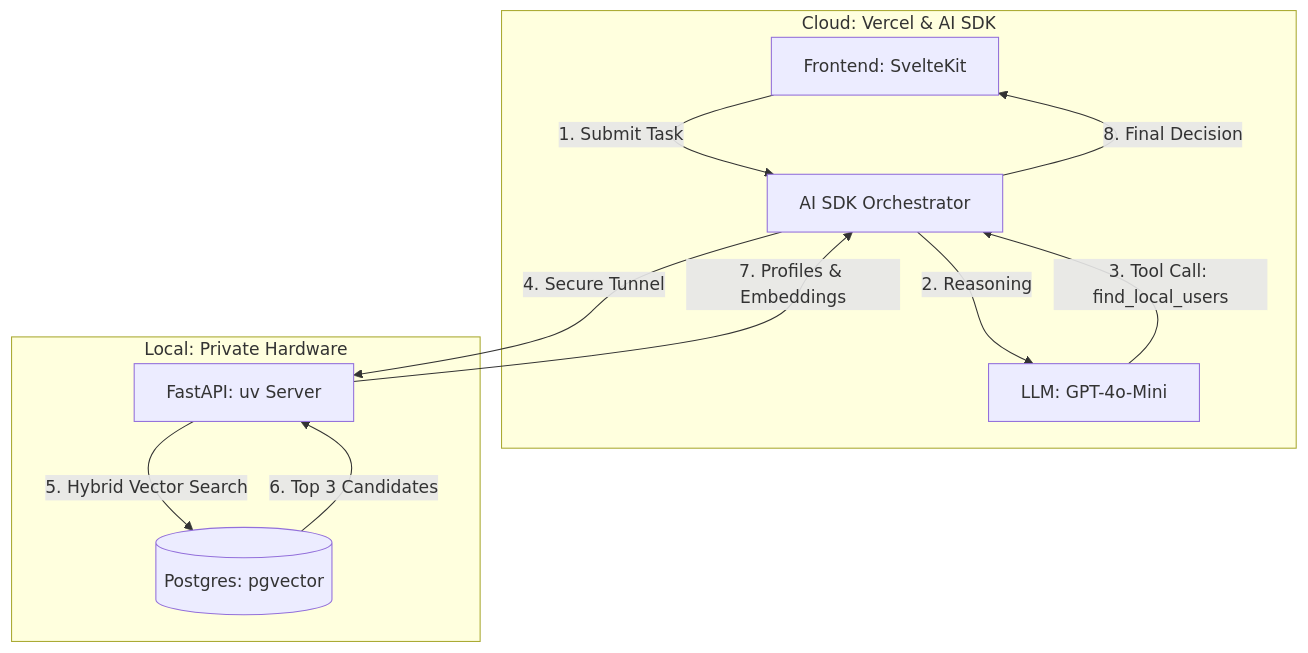
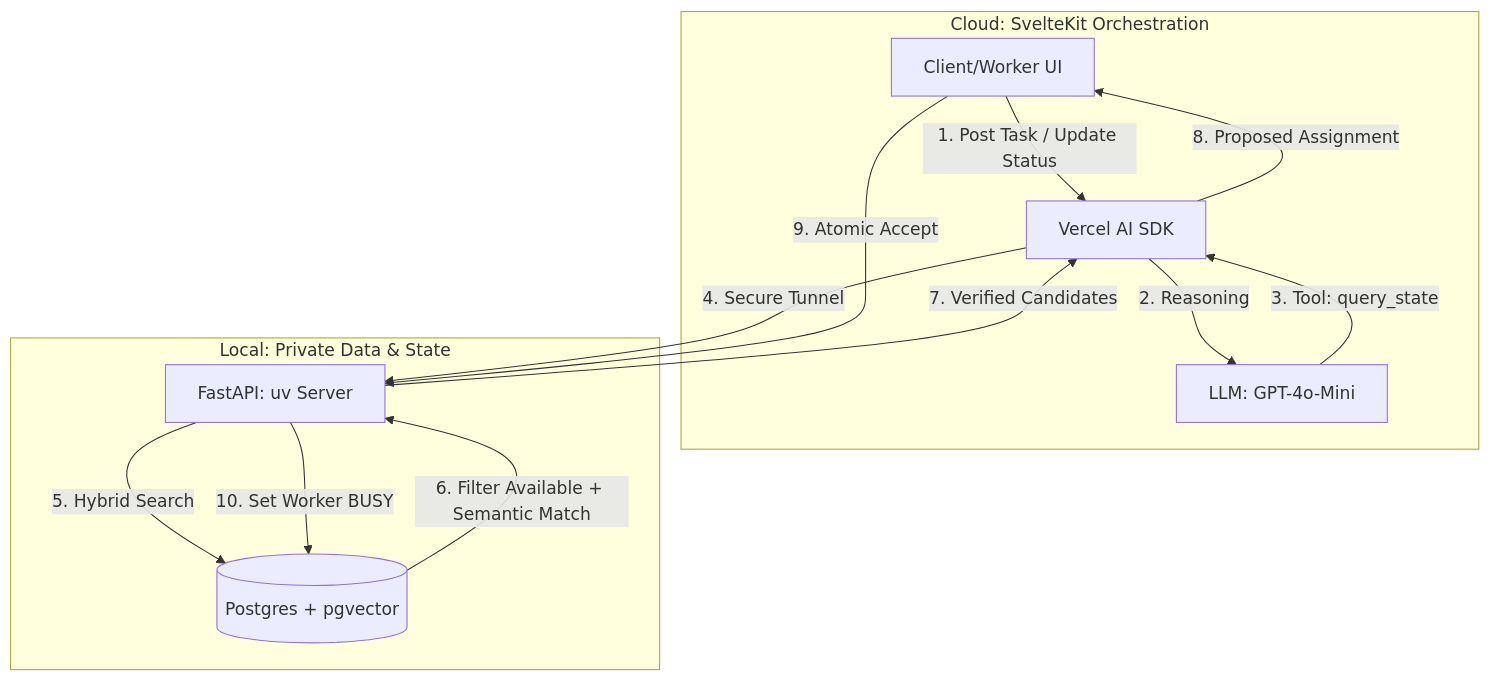
The diagram in README.md (sanjanb/agentic-system), drawn with Mermaid before and after one commit. The commit also changed other lines of this file, not shown here.

Commit message:
Update README.md for clarity and accuracy in project description and architecture

````diff
--- a/README.md
+++ b/README.md
@@ -13,18 +13,20 @@
 ```mermaid
 graph TD
-    subgraph Vercel_Edge [Cloud: Vercel & AI SDK]
-        A[Frontend: SvelteKit] -->|1. Submit Task| B[AI SDK Orchestrator]
+    subgraph Vercel_Edge [Cloud: SvelteKit Orchestration]
+        A[Client/Worker UI] -->|1. Post Task / Update Status| B[Vercel AI SDK]
         B -->|2. Reasoning| C[LLM: GPT-4o-Mini]
-        C -->|3. Tool Call: find_local_users| B
+        C -->|3. Tool: query_state| B
     end
 
-    subgraph Local_Vault [Local: Private Hardware]
+    subgraph Local_Vault [Local: Private Data & State]
         B -->|4. Secure Tunnel| D[FastAPI: uv Server]
-        D -->|5. Hybrid Vector Search| E[(Postgres: pgvector)]
-        E -->|6. Top 3 Candidates| D
-        D -->|7. Profiles & Embeddings| B
+        D -->|5. Hybrid Search| E[(Postgres + pgvector)]
+        E -->|6. Filter Available + Semantic Match| D
+        D -->|7. Verified Candidates| B
     end
 
-    B -->|8. Final Decision| A
+    B -->|8. Proposed Assignment| A
+    A -->|9. Atomic Accept| D
+    D -->|10. Set Worker BUSY| E
 
 ```
````
